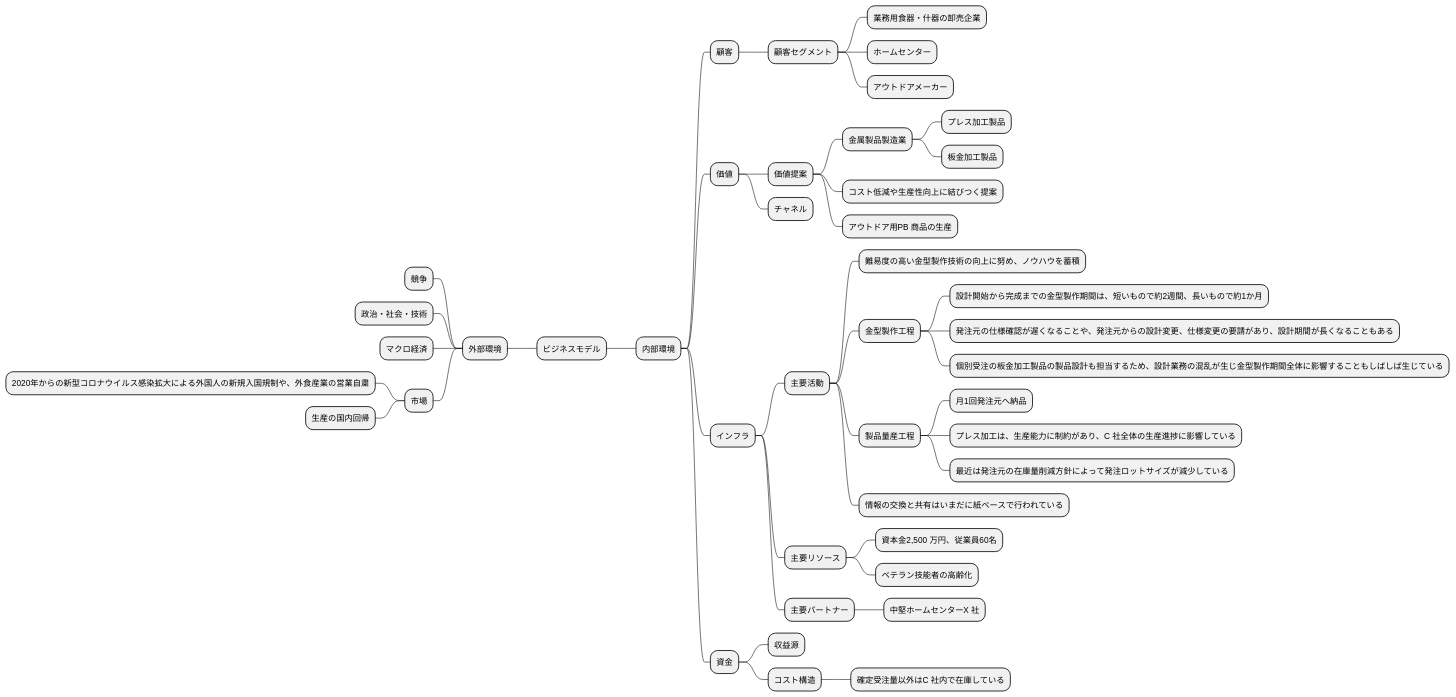
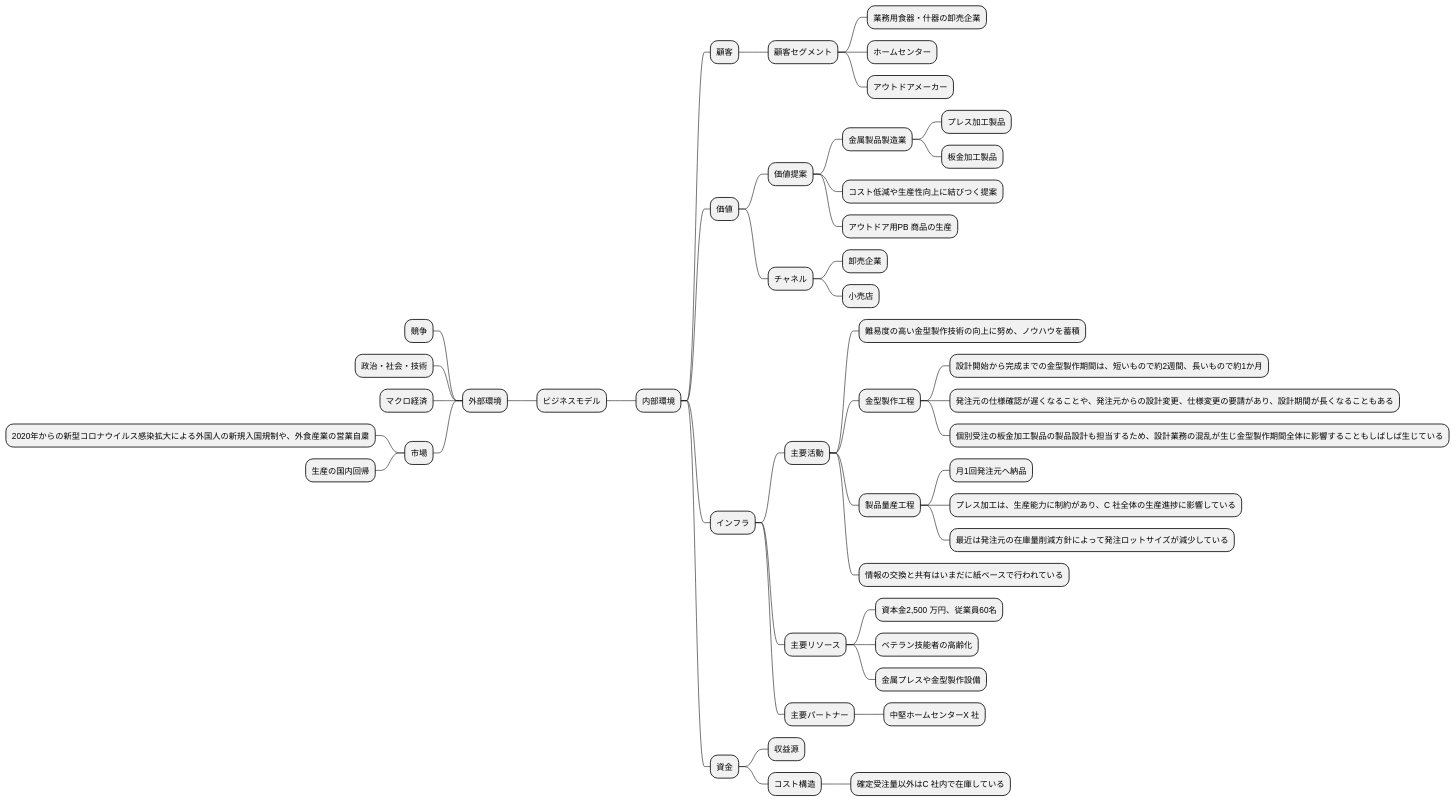
One commit to k2works/requirements_definition_excercise changed the seventh of 9 diagrams in docs/R04/study/study_3_take01.md. Above: the diagram before and after it, drawn with PlantUML. The commit also changed other lines of this file, not shown here.

````diff
--- a/docs/R04/study/study_3_take01.md
+++ b/docs/R04/study/study_3_take01.md
@@ -103,47 +202,50 @@
 ```plantuml
 @startmindmap
 * ビジネスモデル
 -- 外部環境
 --- 競争
 --- 政治・社会・技術
 --- マクロ経済
 --- 市場
 ---- 2020年からの新型コロナウイルス感染拡大による外国人の新規入国規制や、外食産業の営業自粛
 ---- 生産の国内回帰
 ** 内部環境
 *** 顧客
 **** 顧客セグメント
 ***** 業務用食器・什器の卸売企業
 ***** ホームセンター
 ***** アウトドアメーカー
 *** 価値
 **** 価値提案
 ***** 金属製品製造業
 ****** プレス加工製品
 ****** 板金加工製品
 ***** コスト低減や生産性向上に結びつく提案
 ***** アウトドア用PB 商品の生産
 **** チャネル
+***** 卸売企業
+***** 小売店
 *** インフラ
 **** 主要活動
 ***** 難易度の高い金型製作技術の向上に努め、ノウハウを蓄積
 ***** 金型製作工程
 ****** 設計開始から完成までの金型製作期間は、短いもので約2週間、長いもので約1か月
 ****** 発注元の仕様確認が遅くなることや、発注元からの設計変更、仕様変更の要請があり、設計期間が長くなることもある
 ****** 個別受注の板金加工製品の製品設計も担当するため、設計業務の混乱が生じ金型製作期間全体に影響することもしばしば生じている
 ***** 製品量産工程
 ****** 月1回発注元へ納品
 ****** プレス加工は、生産能力に制約があり、C 社全体の生産進捗に影響している
 ****** 最近は発注元の在庫量削減方針によって発注ロットサイズが減少している
 ***** 情報の交換と共有はいまだに紙ベースで行われている
 **** 主要リソース
 ***** 資本金2,500 万円、従業員60名
 ***** ベテラン技能者の高齢化
+***** 金属プレスや金型製作設備
 **** 主要パートナー
 ***** 中堅ホームセンターX 社
 *** 資金
 **** 収益源
 **** コスト構造
 ***** 確定受注量以外はC 社内で在庫している
 @endmindmap
 ```
````
